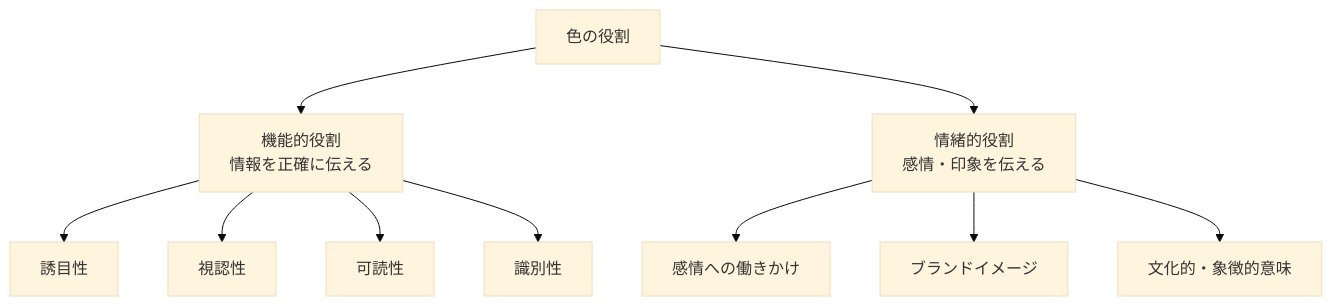
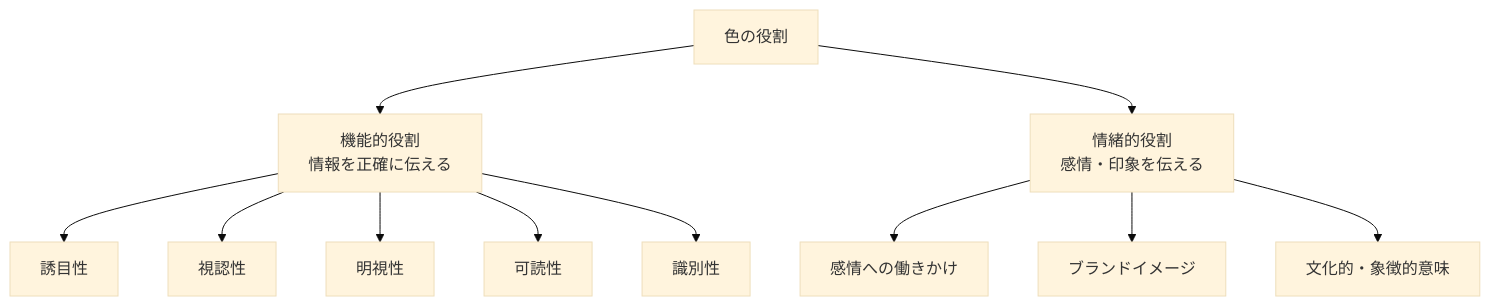
Before and after one commit to ozaki25/color-coordination-training-ozaki25: the first of 2 diagrams in docs/lessons/lesson25/index.md, drawn with Mermaid (base theme). The commit also changed other lines of this file and 1 other file, not shown here.

````diff
--- a/docs/lessons/lesson25/index.md
+++ b/docs/lessons/lesson25/index.md
@@ -20,12 +20,13 @@
 ```mermaid
 graph TD
     A[色の役割] --> B[機能的役割\n情報を正確に伝える]
     A --> C[情緒的役割\n感情・印象を伝える]
     B --> B1[誘目性]
     B --> B2[視認性]
-    B --> B3[可読性]
-    B --> B4[識別性]
+    B --> B3[明視性]
+    B --> B4[可読性]
+    B --> B5[識別性]
     C --> C1[感情への働きかけ]
     C --> C2[ブランドイメージ]
     C --> C3[文化的・象徴的意味]
 ```
````
